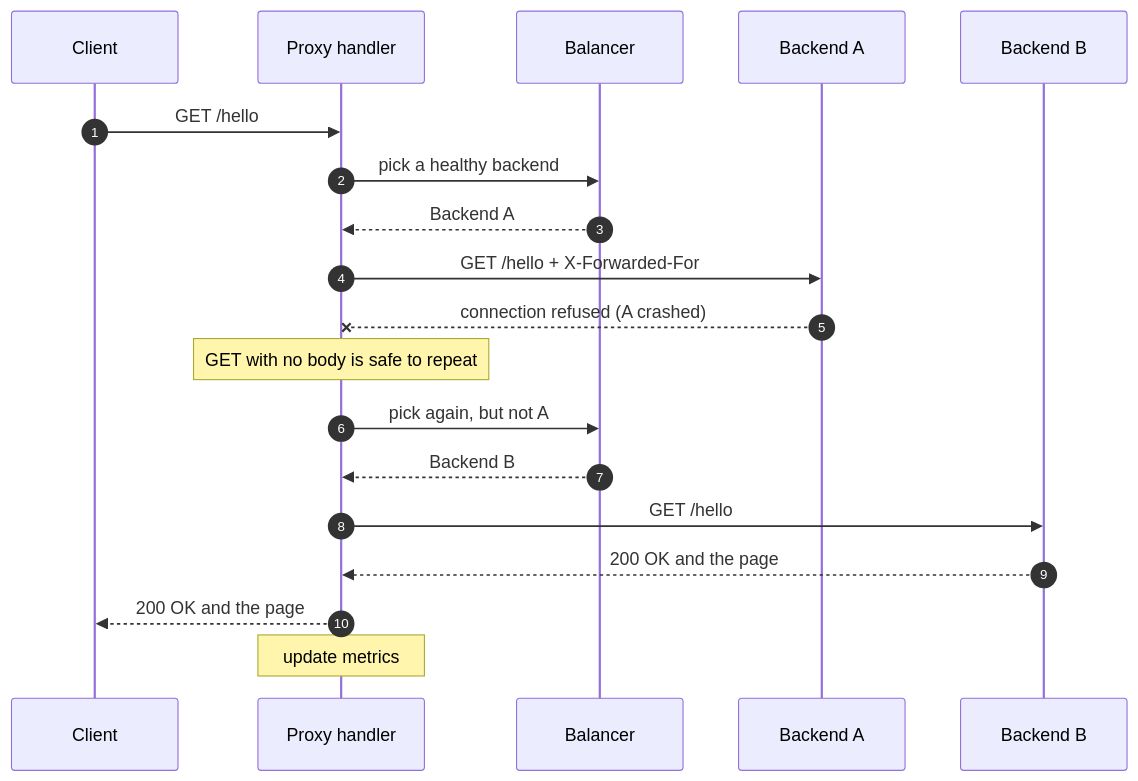
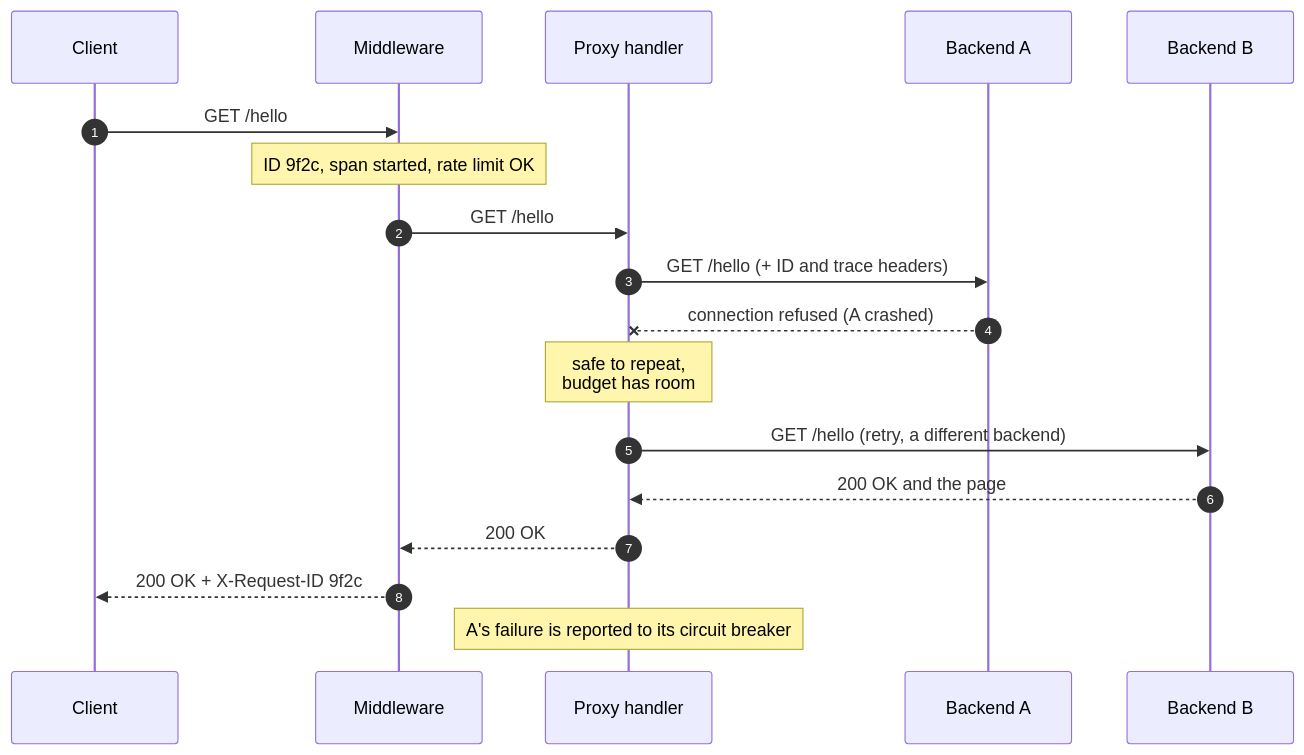
One commit to pavanaditya123/edgeproxy changed the sixth of 19 diagrams in README.md. Above: the diagram before and after it, drawn with Mermaid. The commit also changed other lines of this file, not shown here.

````diff
--- a/README.md
+++ b/README.md
@@ -253,22 +338,21 @@
 ```mermaid
 sequenceDiagram
     autonumber
     participant C as Client
+    participant M as Middleware
     participant P as Proxy handler
-    participant L as Balancer
     participant A as Backend A
     participant B as Backend B
 
-    C->>P: GET /hello
-    P->>L: pick a healthy backend
-    L-->>P: Backend A
-    P->>A: GET /hello + X-Forwarded-For
+    C->>M: GET /hello
+    Note over M: ID 9f2c, span started, rate limit OK
+    M->>P: GET /hello
+    P->>A: GET /hello (+ ID and trace headers)
     A--xP: connection refused (A crashed)
-    Note over P: GET with no body is safe to repeat
-    P->>L: pick again, but not A
-    L-->>P: Backend B
-    P->>B: GET /hello
+    Note over P: safe to repeat,<br/>budget has room
+    P->>B: GET /hello (retry, a different backend)
     B-->>P: 200 OK and the page
-    P-->>C: 200 OK and the page
-    Note over P: update metrics
+    P-->>M: 200 OK
+    M-->>C: 200 OK + X-Request-ID 9f2c
+    Note over P: A's failure is reported to its circuit breaker
 ```
````
